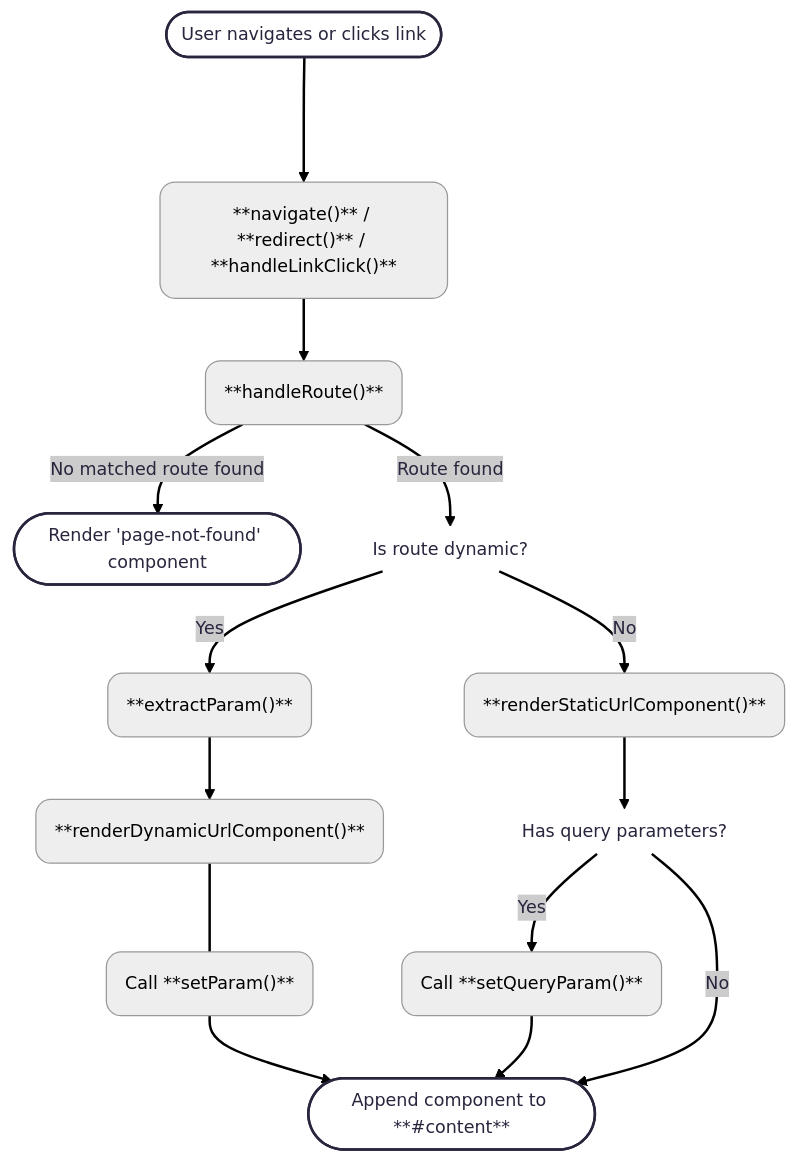
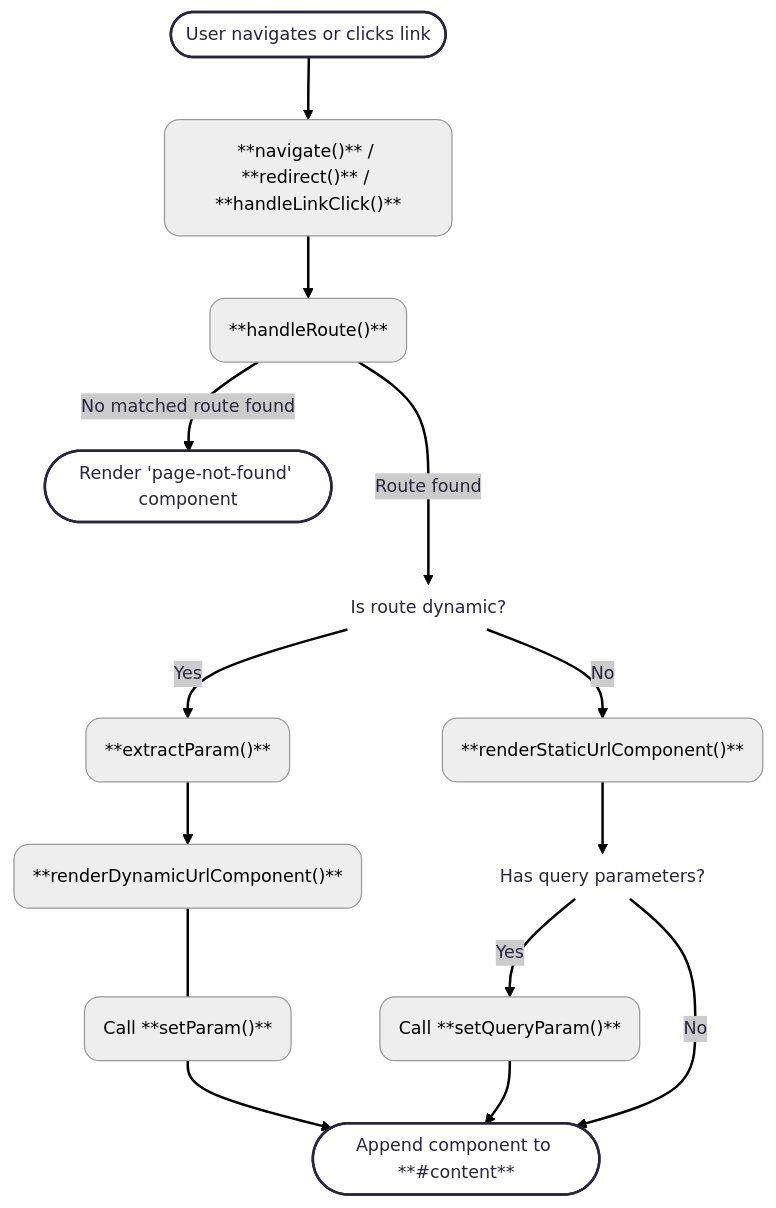
One commit to ysengoku/42-ft_transcendence changed the diagram in doc/front/Router.md. Above: the diagram before and after it, drawn with Mermaid. The commit also changed 2 other files, not shown here.

Commit message:
tests: add unit tests for router module

````diff
--- a/doc/front/Router.md
+++ b/doc/front/Router.md
@@ -16,33 +16,33 @@
 ```mermaid
 ---
 config:
   layout: dagre
   look: classic
   theme: redux
 ---
 flowchart TD
-    A(["User navigates or clicks link"]) ---> B("**navigate()** / **redirect()** / **handleLinkClick()**")
+    A(["User navigates or clicks link"]) --> B("**navigate()** / **redirect()** / **handleLinkClick()**")
     B --> C("**handleRoute()**")
     C -- No matched route found --> D(["Render 'page-not-found' component"])
-    C -- Route found --> E["Is route dynamic?"]
+    C -- Route found ---> E["Is route dynamic?"]
     E -- Yes --> F("**extractParam()**")
     F --> G("**renderDynamicUrlComponent()**")
     G --- H("Call **setParam()**")
 		H --> Z(["Append component to **#content**"])
     E -- No --> I("**renderStaticUrlComponent()**")
 		I --> J["Has query parameters?"]
 		J -- Yes --> K("Call **setQueryParam()**")
 		K --> Z
 		J -- No --> Z
 
     E@{ shape: text}
     J@{ shape: text}
      B:::Ash
      C:::Ash
      F:::Ash
      G:::Ash
 		 H:::Ash
      I:::Ash
 		 K:::Ash
     classDef Ash stroke-width:1px, stroke-dasharray:none, stroke:#999999, fill:#EEEEEE, color:#000000
 ```
````
